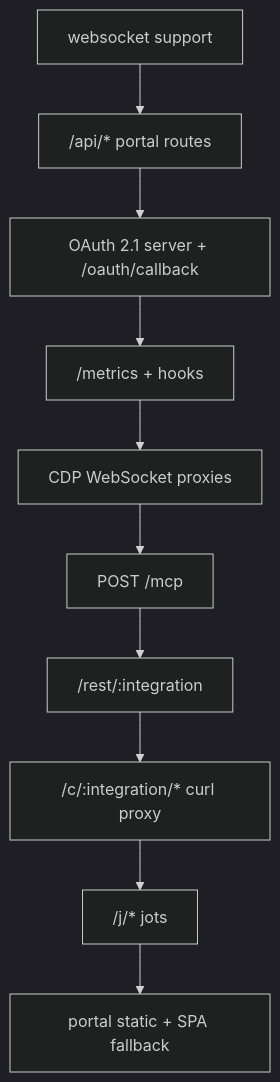
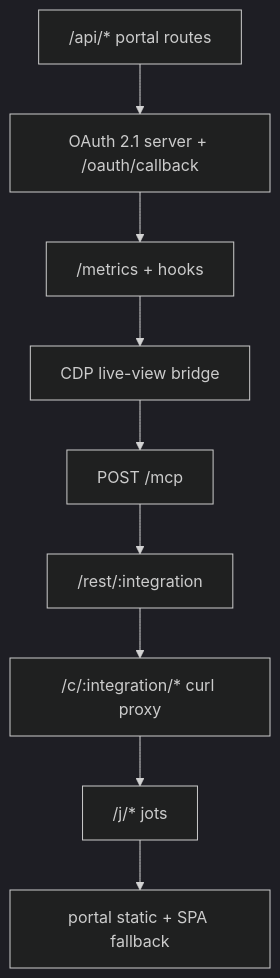
The diagram in docs/site/_content/reference/http-api.md (amarthaid/workbench), drawn with Mermaid (dark theme) before and after one commit. The commit also changed other lines of this file and 22 other files, not shown here.

````diff
--- a/docs/site/_content/reference/http-api.md
+++ b/docs/site/_content/reference/http-api.md
@@ -10,12 +10,11 @@
 ```mermaid
 flowchart TB
-  A[websocket support] --> B["/api/* portal routes"]
-  B --> C["OAuth 2.1 server + /oauth/callback"]
-  C --> D["/metrics + hooks"]
-  D --> E[CDP WebSocket proxies]
-  E --> F["POST /mcp"]
+  A["/api/* portal routes"] --> B["OAuth 2.1 server + /oauth/callback"]
+  B --> C["/metrics + hooks"]
+  C --> D[CDP live-view bridge]
+  D --> F["POST /mcp"]
   F --> F2["/rest/:integration"]
   F2 --> G["/c/:integration/* curl proxy"]
   G --> H["/j/* jots"]
   H --> I[portal static + SPA fallback]
 ```
````
